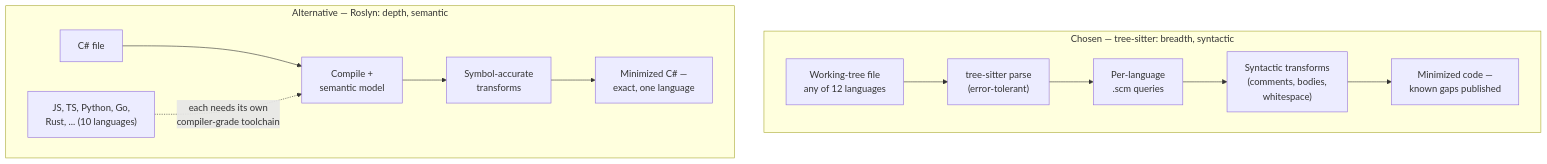
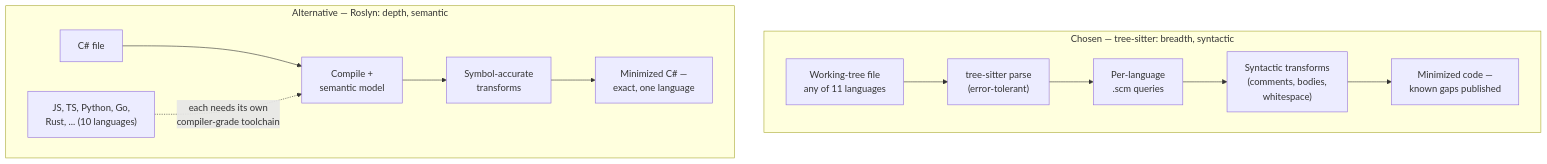
Before and after one commit to nitinpawar28/AI-learn: the diagram in docs/part5-capstone/case-tree-sitter-vs-roslyn.md, drawn with Mermaid. The commit also changed other lines of this file and 8 other files, not shown here.

````diff
--- a/docs/part5-capstone/case-tree-sitter-vs-roslyn.md
+++ b/docs/part5-capstone/case-tree-sitter-vs-roslyn.md
@@ -57,17 +57,17 @@
 ```mermaid
 flowchart TB
     subgraph ts["Chosen — tree-sitter: breadth, syntactic"]
         direction LR
-        A1["Working-tree file<br/>any of 12 languages"] --> A2["tree-sitter parse<br/>(error-tolerant)"]
+        A1["Working-tree file<br/>any of 11 languages"] --> A2["tree-sitter parse<br/>(error-tolerant)"]
         A2 --> A3["Per-language<br/>.scm queries"]
         A3 --> A4["Syntactic transforms<br/>(comments, bodies,<br/>whitespace)"]
         A4 --> A5["Minimized code —<br/>known gaps published"]
     end
     subgraph ro["Alternative — Roslyn: depth, semantic"]
         direction LR
         B1["C# file"] --> B2["Compile +<br/>semantic model"]
         B2 --> B3["Symbol-accurate<br/>transforms"]
         B3 --> B4["Minimized C# —<br/>exact, one language"]
         B0["JS, TS, Python, Go,<br/>Rust, ... (10 languages)"] -.->|"each needs its own<br/>compiler-grade toolchain"| B2
     end
 ```
````
